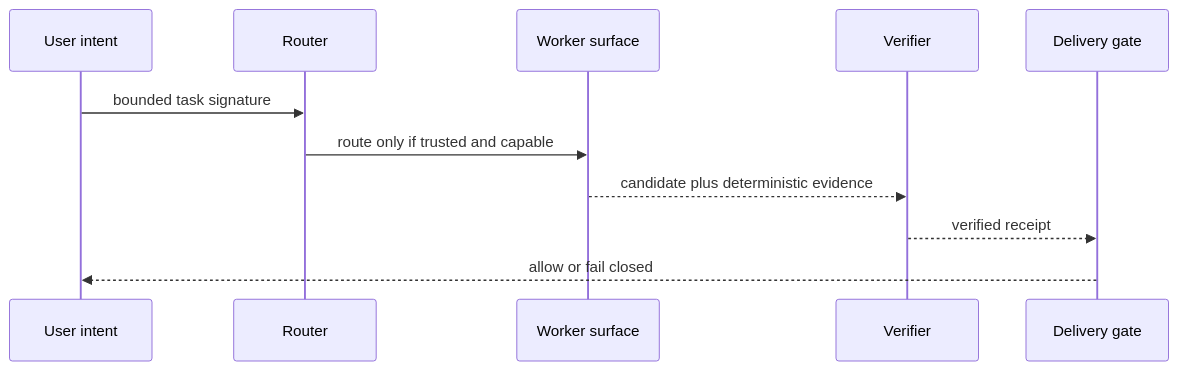
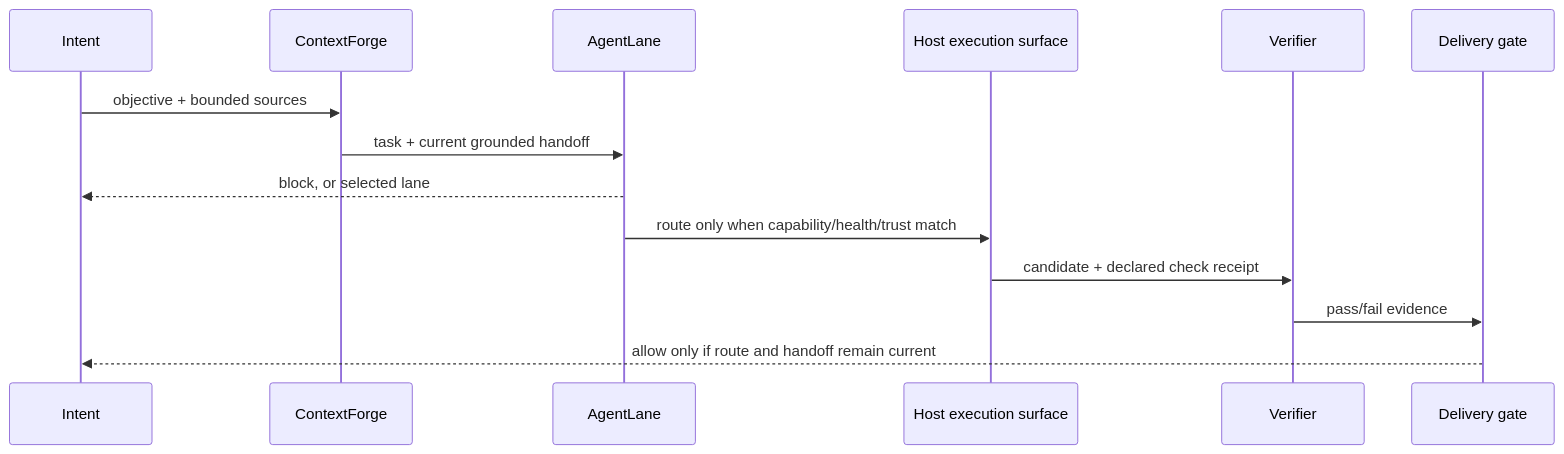
One commit to ZivK00/zivlabs changed the diagram in docs/ARCHITECTURE.md. Above: the diagram before and after it, drawn with Mermaid. The commit also changed other lines of this file and 44 other files, not shown here.

````diff
--- a/docs/ARCHITECTURE.md
+++ b/docs/ARCHITECTURE.md
@@ -7,13 +5,16 @@
 ```mermaid
 sequenceDiagram
-  participant U as User intent
-  participant R as Router
-  participant W as Worker surface
+  participant I as Intent
+  participant C as ContextForge
+  participant A as AgentLane
+  participant E as Host execution surface
   participant V as Verifier
   participant D as Delivery gate
-  U->>R: bounded task signature
-  R->>W: route only if trusted and capable
-  W-->>V: candidate plus deterministic evidence
-  V-->>D: verified receipt
-  D-->>U: allow or fail closed
+  I->>C: objective + bounded sources
+  C->>A: task + current grounded handoff
+  A-->>I: block, or selected lane
+  A->>E: route only when capability/health/trust match
+  E->>V: candidate + declared check receipt
+  V->>D: pass/fail evidence
+  D-->>I: allow only if route and handoff remain current
 ```
````
